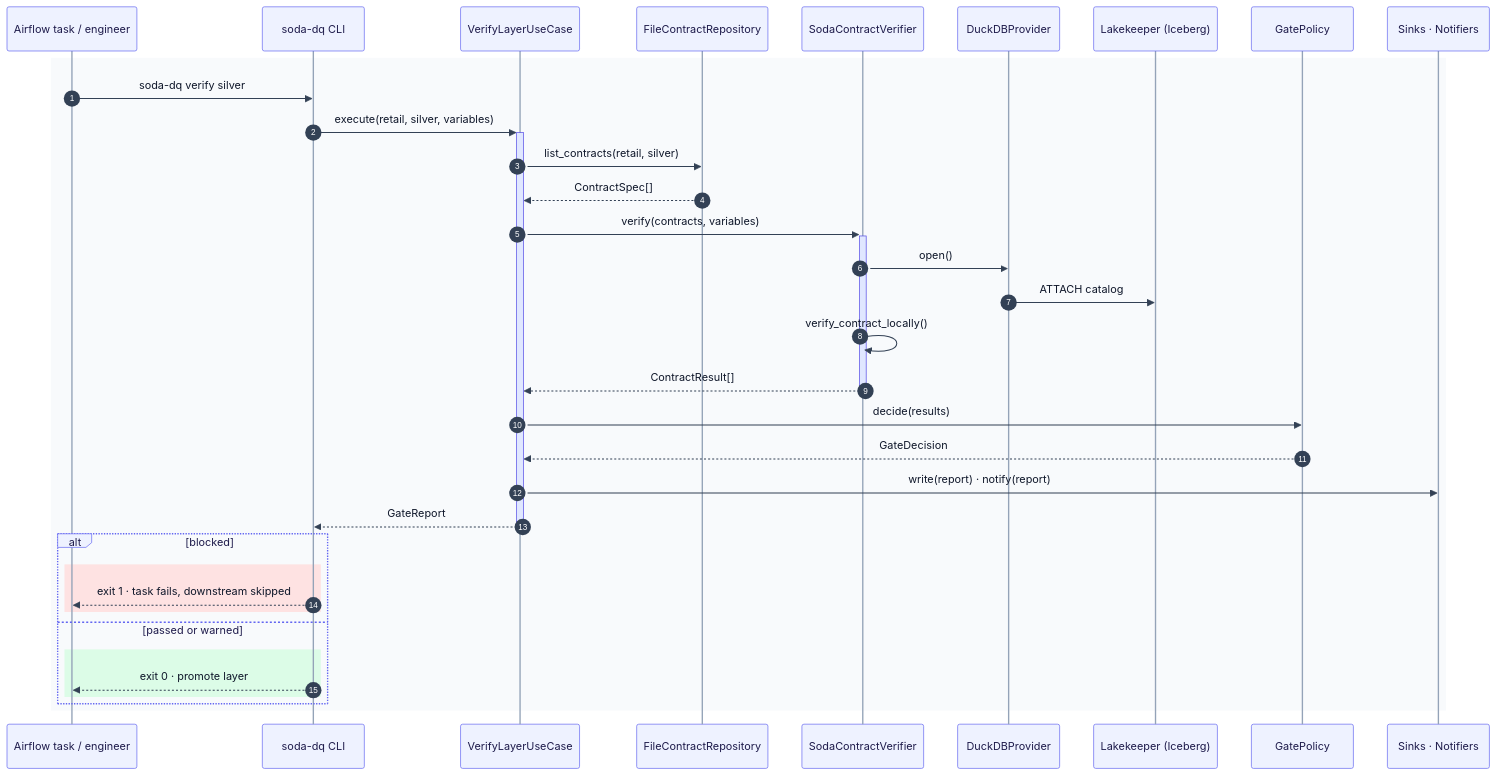
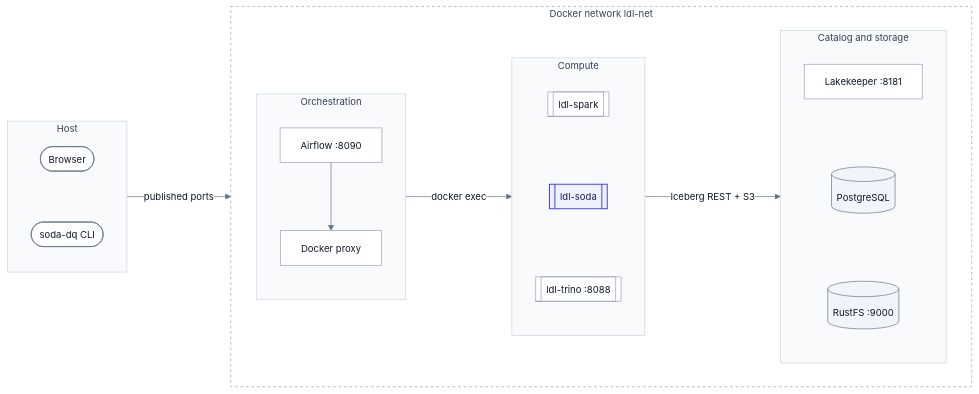
Before and after one commit to santoshshinde2012/lakehouse-quality-gates: the fourth of 7 diagrams in docs/architecture.md, drawn with Mermaid. The commit also changed other lines of this file and 21 other files, not shown here.

Commit message:
docs: professional system architecture diagram

````diff
--- a/docs/architecture.md
+++ b/docs/architecture.md
@@ -231,38 +195,47 @@
 ```mermaid
-%%{init: {'theme':'base','themeVariables':{'fontFamily':'Inter, system-ui, -apple-system, Segoe UI, Helvetica, Arial, sans-serif','fontSize':'14px','primaryColor':'#eef2ff','primaryTextColor':'#0f172a','primaryBorderColor':'#6366f1','secondaryColor':'#f1f5f9','secondaryTextColor':'#0f172a','secondaryBorderColor':'#94a3b8','tertiaryColor':'#f8fafc','tertiaryTextColor':'#0f172a','tertiaryBorderColor':'#cbd5e1','lineColor':'#64748b','textColor':'#0f172a','nodeTextColor':'#0f172a','titleColor':'#0f172a','clusterBkg':'#f8fafc','clusterBorder':'#94a3b8','edgeLabelBackground':'#ffffff','noteBkgColor':'#fef9c3','noteTextColor':'#422006','noteBorderColor':'#ca8a04','actorBkg':'#eef2ff','actorBorder':'#6366f1','actorTextColor':'#1e1b4b','actorLineColor':'#94a3b8','signalColor':'#334155','signalTextColor':'#0f172a','labelBoxBkgColor':'#eef2ff','labelBoxBorderColor':'#6366f1','labelTextColor':'#1e1b4b','loopTextColor':'#1e1b4b','activationBkgColor':'#e0e7ff','activationBorderColor':'#4f46e5','sequenceNumberColor':'#ffffff','classText':'#0f172a'}}}%%
-sequenceDiagram
-  autonumber
-  participant U as Airflow task / engineer
-  participant C as soda-dq CLI
-  participant V as VerifyLayerUseCase
-  participant R as FileContractRepository
-  participant S as SodaContractVerifier
-  participant D as DuckDBProvider
-  participant L as Lakekeeper (Iceberg)
-  participant P as GatePolicy
-  participant K as Sinks · Notifiers
-  rect rgb(248, 250, 252)
-    U->>C: soda-dq verify silver
-    C->>+V: execute(retail, silver, variables)
-    V->>R: list_contracts(retail, silver)
-    R-->>V: ContractSpec[]
-    V->>+S: verify(contracts, variables)
-    S->>D: open()
-    D->>L: ATTACH catalog
-    S->>S: verify_contract_locally()
-    S-->>-V: ContractResult[]
-    V->>P: decide(results)
-    P-->>V: GateDecision
-    V->>K: write(report) · notify(report)
-    V-->>-C: GateReport
-    alt blocked
-      rect rgb(254, 226, 226)
-        C-->>U: exit 1 · task fails, downstream skipped
-      end
-    else passed or warned
-      rect rgb(220, 252, 231)
-        C-->>U: exit 0 · promote layer
-      end
+%%{init: {'theme':'base','themeVariables':{'fontFamily':'Inter, system-ui, -apple-system, Segoe UI, Helvetica, Arial, sans-serif','fontSize':'14px','primaryColor':'#ffffff','primaryTextColor':'#0f172a','primaryBorderColor':'#94a3b8','secondaryColor':'#f8fafc','tertiaryColor':'#f8fafc','lineColor':'#64748b','textColor':'#0f172a','clusterBkg':'#f8fafc','clusterBorder':'#cbd5e1','titleColor':'#334155','edgeLabelBackground':'#ffffff','noteBkgColor':'#f8fafc','noteTextColor':'#0f172a','noteBorderColor':'#cbd5e1','actorBkg':'#ffffff','actorBorder':'#94a3b8','actorTextColor':'#0f172a','actorLineColor':'#94a3b8','signalColor':'#475569','signalTextColor':'#0f172a','labelBoxBkgColor':'#f8fafc','labelBoxBorderColor':'#94a3b8','labelTextColor':'#0f172a','loopTextColor':'#0f172a','activationBkgColor':'#eef2ff','activationBorderColor':'#4f46e5','sequenceNumberColor':'#ffffff','classText':'#0f172a'}}}%%
+flowchart LR
+  subgraph HOST["Host"]
+    direction TB
+    BRW(["Browser"]):::actor
+    CLI(["soda-dq CLI"]):::actor
+    BRW ~~~ CLI
+  end
+  subgraph NET["Docker network ldl-net"]
+    direction LR
+    subgraph ORCH["Orchestration"]
+      direction TB
+      AF["Airflow :8090"]:::node
+      PX["Docker proxy"]:::node
+      AF --> PX
     end
+    subgraph RUN["Compute"]
+      direction TB
+      SP[["ldl-spark"]]:::node
+      SO[["ldl-soda"]]:::ours
+      TR[["ldl-trino :8088"]]:::node
+      SP ~~~ SO ~~~ TR
+    end
+    subgraph STORE["Catalog and storage"]
+      direction TB
+      LK["Lakekeeper :8181"]:::node
+      PG[("PostgreSQL")]:::store
+      OS[("RustFS :9000")]:::store
+      LK ~~~ PG ~~~ OS
+    end
+    ORCH -->|docker exec| RUN
+    RUN -->|Iceberg REST + S3| STORE
   end
+  HOST -->|published ports| NET
+  classDef node fill:#ffffff,stroke:#94a3b8,stroke-width:1px,color:#0f172a
+  classDef store fill:#f1f5f9,stroke:#64748b,stroke-width:1px,color:#0f172a
+  classDef ours fill:#eef2ff,stroke:#4f46e5,stroke-width:1.5px,color:#1e1b4b
+  classDef actor fill:#ffffff,stroke:#64748b,stroke-width:1px,color:#0f172a
+  classDef blocked fill:#fef2f2,stroke:#dc2626,stroke-width:1.5px,color:#7f1d1d
+  classDef pass fill:#f0fdf4,stroke:#16a34a,stroke-width:1.5px,color:#14532d
+  style HOST fill:#f8fafc,stroke:#cbd5e1,stroke-width:1px,color:#334155
+  style NET fill:#ffffff,stroke:#94a3b8,stroke-width:1px,stroke-dasharray:4 4,color:#334155
+  style ORCH fill:#f8fafc,stroke:#cbd5e1,stroke-width:1px,color:#334155
+  style RUN fill:#f8fafc,stroke:#cbd5e1,stroke-width:1px,color:#334155
+  style STORE fill:#f8fafc,stroke:#cbd5e1,stroke-width:1px,color:#334155
 ```
````
